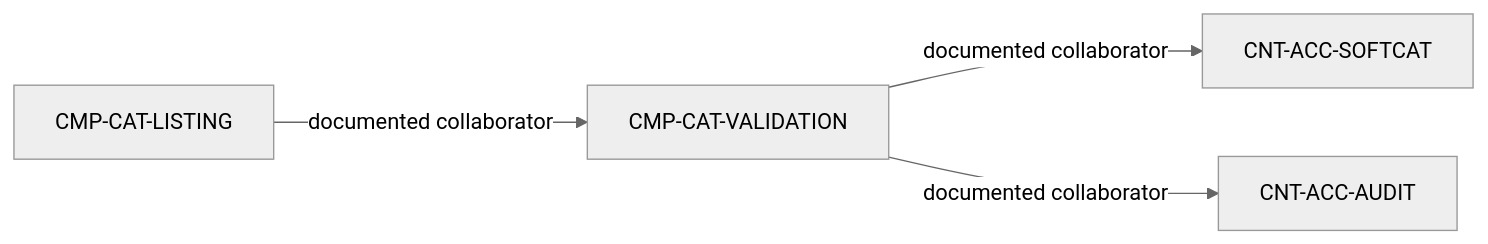
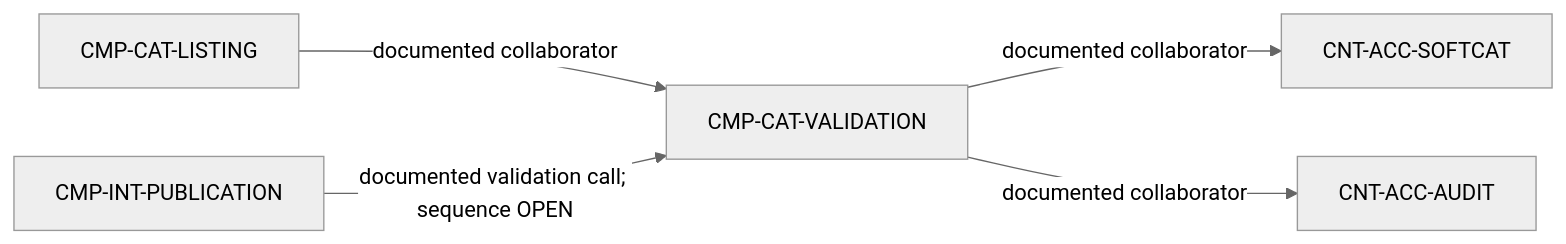
Before and after one commit to Emran025/accsystem: the diagram in acc-architecture/c3-components/CNT-ACC-CATALOG/CMP-CAT-VALIDATION.md, drawn with Mermaid (neutral theme). The commit also changed other lines of this file and 16 other files, not shown here.

Commit message:
docs(architecture): reconcile seven C3 views to source evidence

````diff
--- a/acc-architecture/c3-components/CNT-ACC-CATALOG/CMP-CAT-VALIDATION.md
+++ b/acc-architecture/c3-components/CNT-ACC-CATALOG/CMP-CAT-VALIDATION.md
@@ -35,10 +36,12 @@
 ```mermaid
 flowchart LR
     CMP_CAT_VALIDATION["CMP-CAT-VALIDATION"]
     CMP_CAT_LISTING["CMP-CAT-LISTING"]
     CMP_CAT_LISTING -->|documented collaborator| CMP_CAT_VALIDATION
+    CMP_INT_PUBLICATION["CMP-INT-PUBLICATION"]
+    CMP_INT_PUBLICATION -->|documented validation call; sequence OPEN| CMP_CAT_VALIDATION
     CNT_ACC_SOFTCAT["CNT-ACC-SOFTCAT"]
     CMP_CAT_VALIDATION -->|documented collaborator| CNT_ACC_SOFTCAT
     CNT_ACC_AUDIT["CNT-ACC-AUDIT"]
     CMP_CAT_VALIDATION -->|documented collaborator| CNT_ACC_AUDIT
 ```
````
